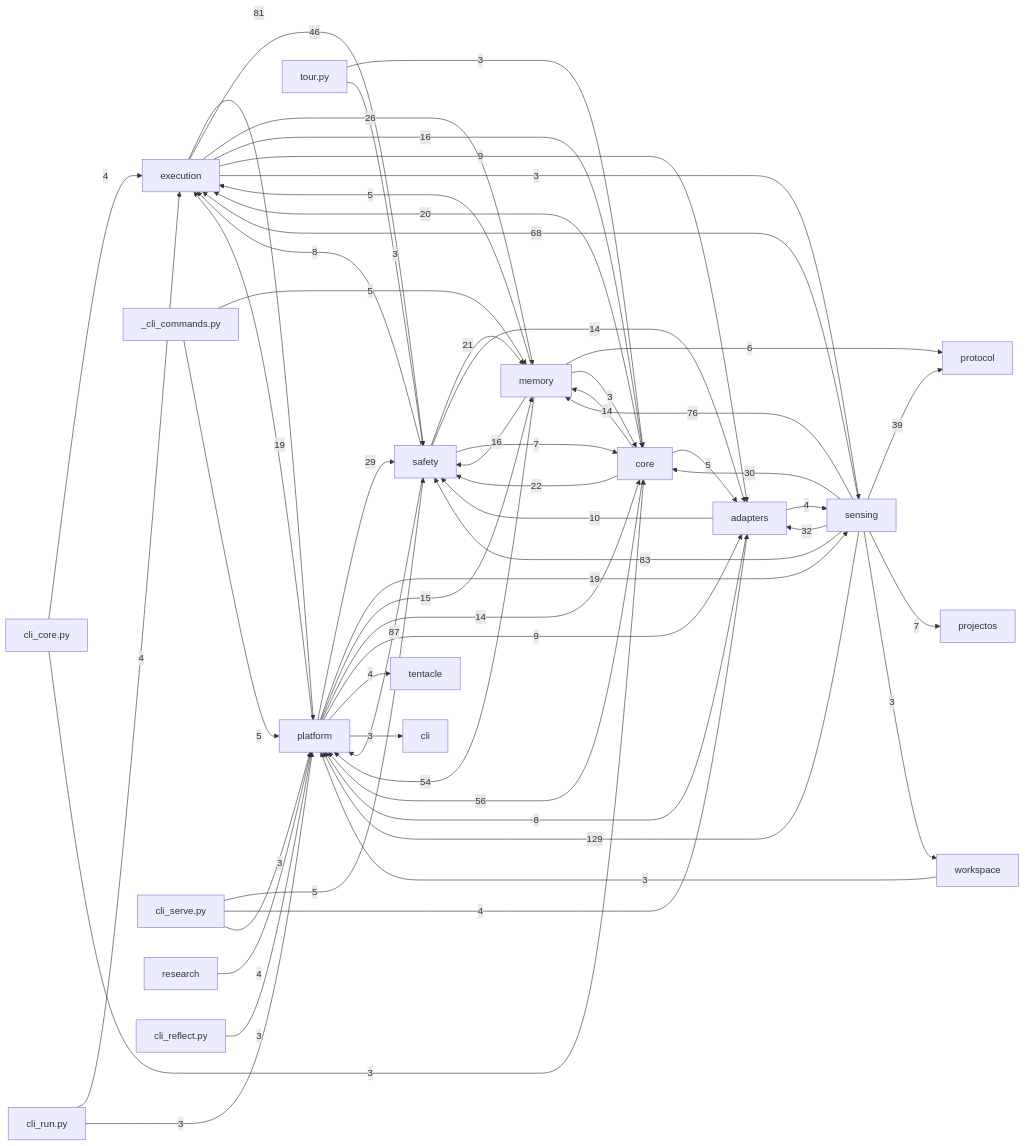
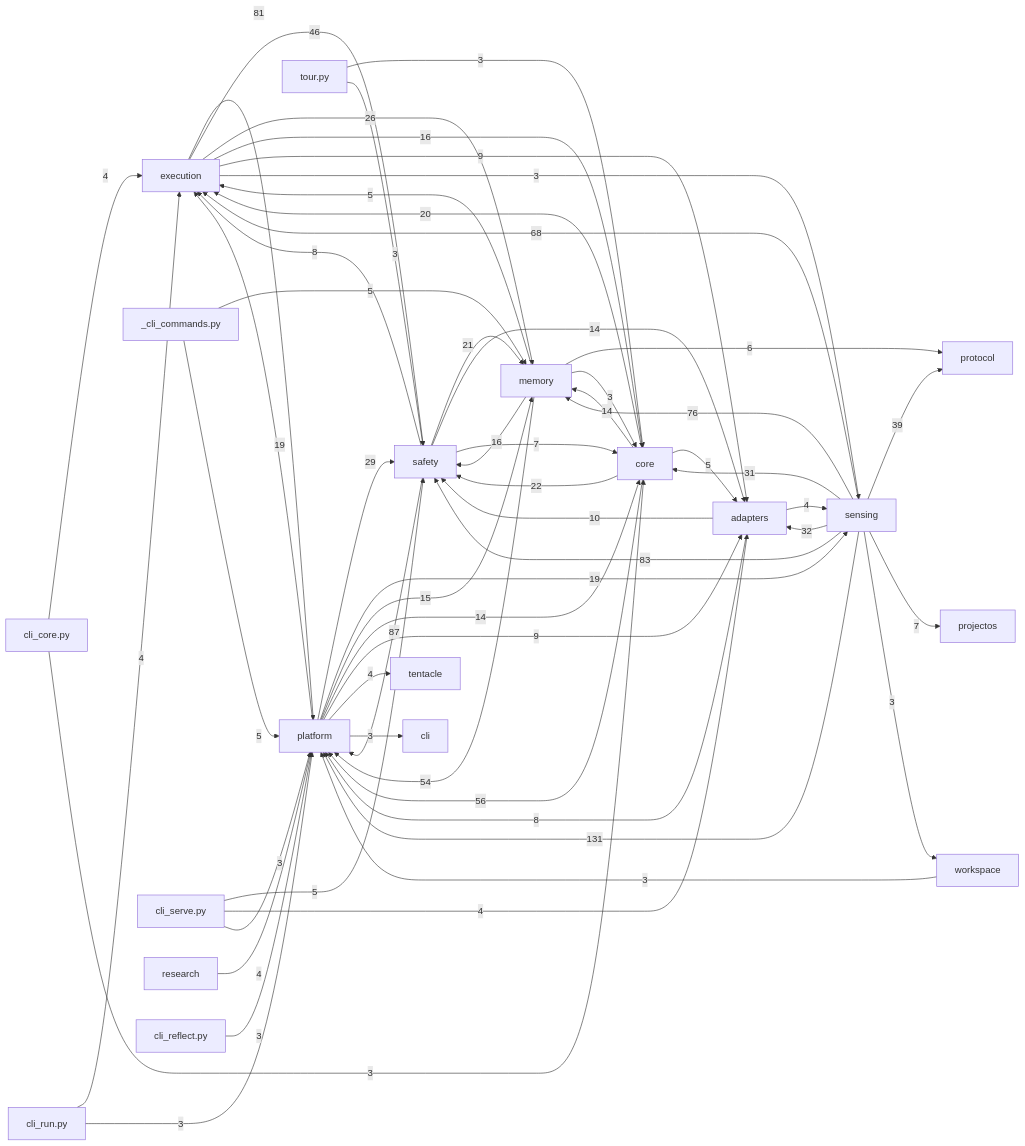
The diagram in docs/auto/20-backend/index.md (dengdenghua/octopus-agent), drawn with Mermaid before and after one commit. The commit also changed 5 other files, not shown here.

````diff
--- a/docs/auto/20-backend/index.md
+++ b/docs/auto/20-backend/index.md
@@ -26,65 +26,65 @@
 ```mermaid
 graph LR
   execution[execution]
   core[core]
   safety[safety]
   memory[memory]
   sensing[sensing]
   adapters[adapters]
   platform[platform]
-  sensing -- 129 --> platform
+  sensing -- 131 --> platform
   safety -- 87 --> platform
   sensing -- 83 --> safety
   execution -- 81 --> platform
   sensing -- 76 --> memory
   sensing -- 68 --> execution
   core -- 56 --> platform
   memory -- 54 --> platform
   execution -- 46 --> safety
   sensing -- 39 --> protocol
   sensing -- 32 --> adapters
-  sensing -- 30 --> core
+  sensing -- 31 --> core
   platform -- 29 --> safety
   execution -- 26 --> memory
   core -- 22 --> safety
   safety -- 21 --> memory
   core -- 20 --> execution
   platform -- 19 --> execution
   platform -- 19 --> sensing
   execution -- 16 --> core
   memory -- 16 --> safety
   platform -- 15 --> memory
   core -- 14 --> memory
   platform -- 14 --> core
   safety -- 14 --> adapters
   adapters -- 10 --> safety
   execution -- 9 --> adapters
   platform -- 9 --> adapters
   adapters -- 8 --> platform
   safety -- 8 --> execution
   safety -- 7 --> core
   sensing -- 7 --> projectos
   memory -- 6 --> protocol
   _cli_commands.py -- 5 --> memory
   _cli_commands.py -- 5 --> platform
   cli_serve.py -- 5 --> safety
   core -- 5 --> adapters
   memory -- 5 --> execution
   adapters -- 4 --> sensing
   cli_core.py -- 4 --> execution
   cli_run.py -- 4 --> execution
   cli_serve.py -- 4 --> adapters
   platform -- 4 --> tentacle
   research -- 4 --> platform
   cli_core.py -- 3 --> core
   cli_reflect.py -- 3 --> platform
   cli_run.py -- 3 --> platform
   cli_serve.py -- 3 --> platform
   execution -- 3 --> sensing
   memory -- 3 --> core
   platform -- 3 --> cli
   sensing -- 3 --> workspace
   tour.py -- 3 --> core
   tour.py -- 3 --> safety
   workspace -- 3 --> platform
 ```
````
